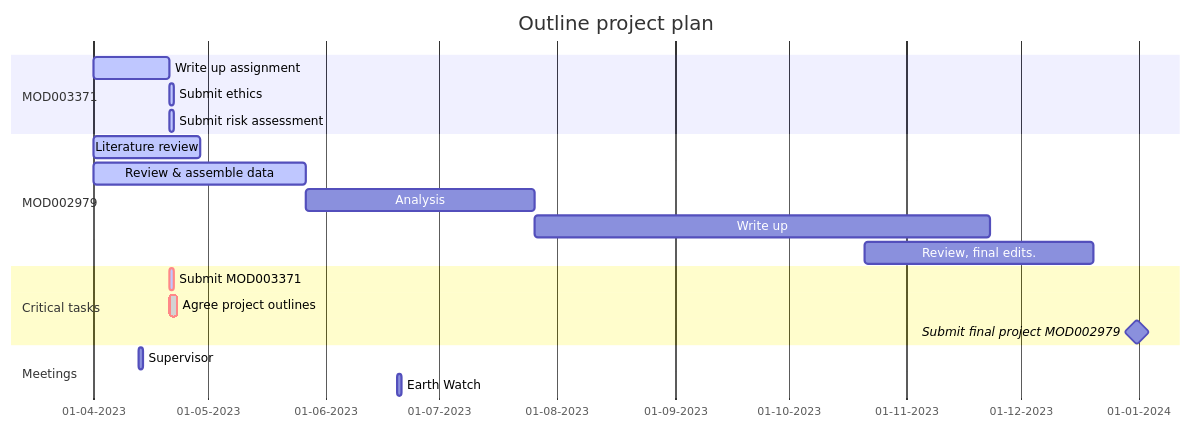
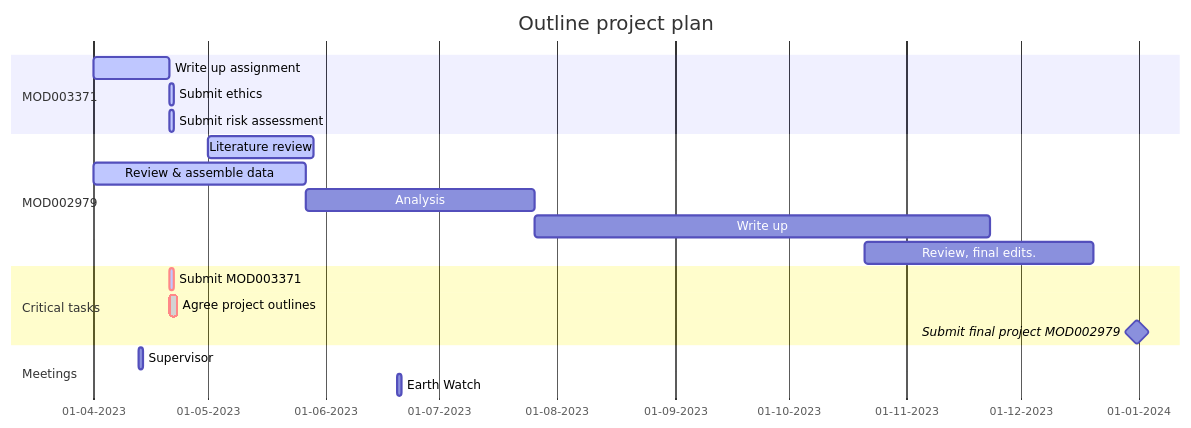
Before and after one commit to julianflowers/tiny_forest_project: the third of 3 diagrams in output/research-methods-v1.qmd, drawn with Mermaid. The commit also changed other lines of this file and 3 other files, not shown here.

````diff
--- a/output/research-methods-v1.qmd
+++ b/output/research-methods-v1.qmd
@@ -447,30 +393,30 @@
 ```{mermaid}
 %%| fig-width: 7
 
 gantt
         dateFormat  DD-MM-YYYY
         axisFormat  %d-%m-%Y
         
         title Outline project plan
         
         section MOD003371
         Write up assignment       :active, des1, 01-04-2023,21-04-2023
         Submit ethics             :active, 21-04-2023, 1d
         Submit risk assessment    :active, 21-04-2023, 1d
         
         section MOD002979 
-        Literature review         :active,  des2, 01-04-2023, 28d
+        Literature review         :active,  des2, 01-05-2023, 28d
         Review & assemble data    :active,  des3, 01-04-2023, 56d
         Analysis                  :         des4, after des3, 60d
         Write up                  :         des5, after des4, 120d
         Review, final edits.      :         des6, 21-10-2023, 20-12-2023
         
         section Critical tasks
         Submit MOD003371          :crit, active, 21-04-2023,24h
         Agree project outlines    :crit, done, after des1, 2d
         Submit final project  MOD002979  :milestone, 31-12-2023, 1d
         
         section Meetings
         Supervisor                : des, 13-04-2023, 1d
         Earth Watch               : des, 20-06-2023, 1d
 ```
````
